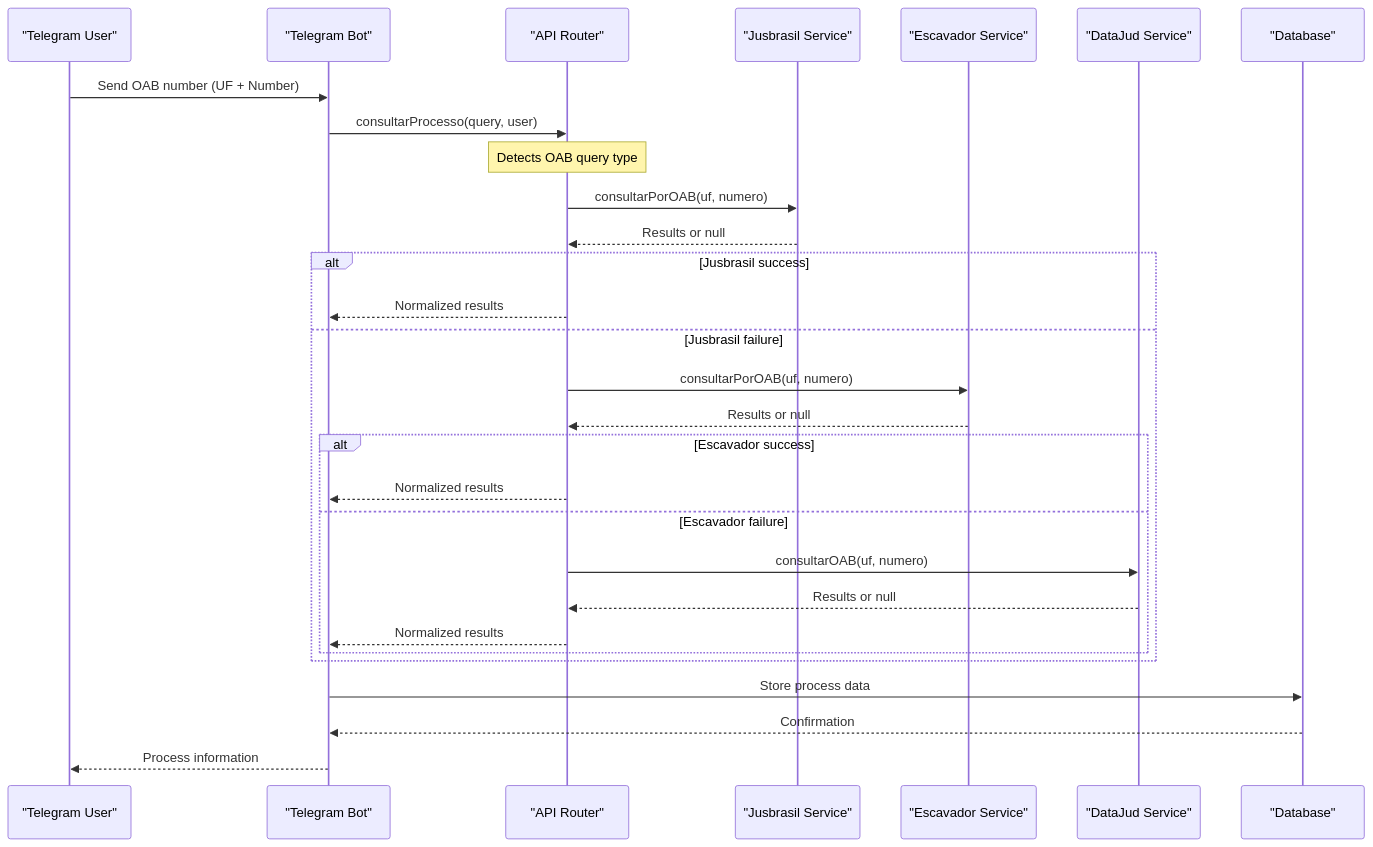
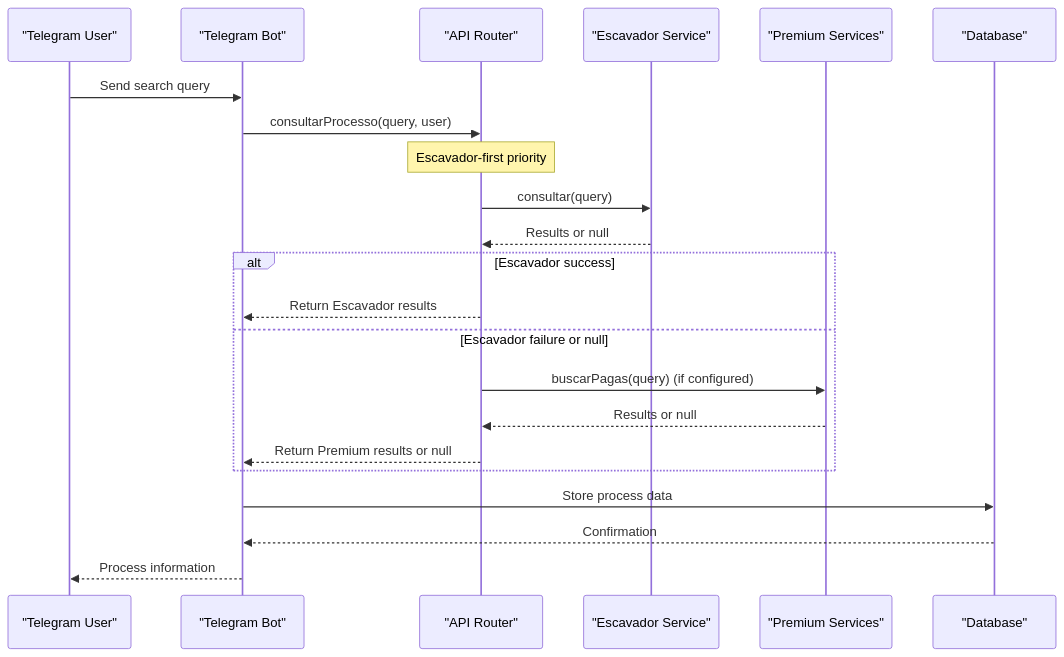
The second of 16 diagrams in .qoder/repowiki/en/content/API Integration Layer/API Integration Layer.md (Alexandrexicara/bot-processos), drawn with Mermaid before and after one commit. The commit also changed other lines of this file and 10 other files, not shown here.

````diff
--- a/.qoder/repowiki/en/content/API Integration Layer/API Integration Layer.md
+++ b/.qoder/repowiki/en/content/API Integration Layer/API Integration Layer.md
@@ -186,31 +186,24 @@
 ```mermaid
 sequenceDiagram
 participant User as "Telegram User"
 participant Bot as "Telegram Bot"
 participant API as "API Router"
-participant Jusbrasil as "Jusbrasil Service"
 participant Escavador as "Escavador Service"
-participant DataJud as "DataJud Service"
+participant Premium as "Premium Services"
 participant DB as "Database"
-User->>Bot : Send OAB number (UF + Number)
+User->>Bot : Send search query
 Bot->>API : consultarProcesso(query, user)
-Note over API : Detects OAB query type
-API->>Jusbrasil : consultarPorOAB(uf, numero)
-Jusbrasil-->>API : Results or null
-alt Jusbrasil success
-API-->>Bot : Normalized results
-else Jusbrasil failure
-API->>Escavador : consultarPorOAB(uf, numero)
+Note over API : Escavador-first priority
+API->>Escavador : consultar(query)
 Escavador-->>API : Results or null
 alt Escavador success
-API-->>Bot : Normalized results
-else Escavador failure
-API->>DataJud : consultarOAB(uf, numero)
-DataJud-->>API : Results or null
-API-->>Bot : Normalized results
-end
+API-->>Bot : Return Escavador results
+else Escavador failure or null
+API->>Premium : buscarPagas(query) (if configured)
+Premium-->>API : Results or null
+API-->>Bot : Return Premium results or null
 end
 Bot->>DB : Store process data
 DB-->>Bot : Confirmation
 Bot-->>User : Process information
 ```
````
